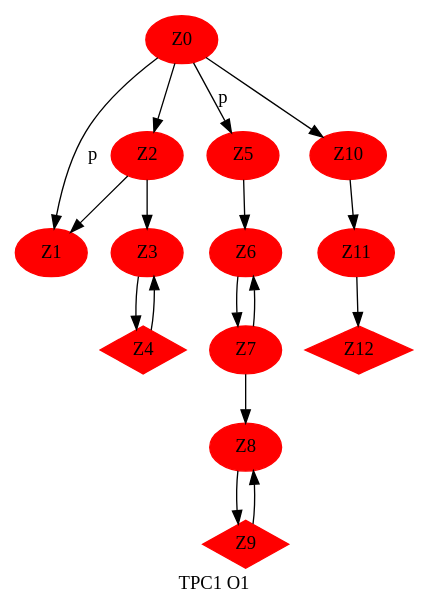
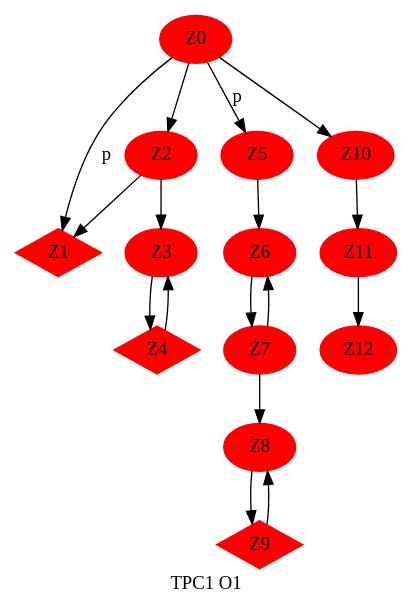
Before and after one commit to sidner/DotToDot: the diagram in dot2dot/src/texto2.dot, drawn with Graphviz. The commit also changed 9 other files, not shown here.

```diff
--- a/dot2dot/src/texto2.dot
+++ b/dot2dot/src/texto2.dot
@@ -1,15 +1,15 @@
 digraph tpc1 {
                node [style=filled,color=red];
-               Z0 ->Z1 [label= "p"];
-               Z0:Z1 -> Z2 -> Z3 -> Z4;
+               
+       Z0 ->Z1 [label= "p"];
+               Z0 : Z1 -> Z2 -> Z3 -> Z4;
                Z2 -> Z1; Z4 -> Z3;
                Z0 -> Z5 [label="p"];
                Z5 -> Z6 -> Z7 ->Z8 -> Z9;
                Z7 -> Z6; Z9 -> Z8;
                Z0 -> Z10 -> Z11 -> Z12;
                label = "TPC1 O1"
-       
        Z4[shape=Mdiamond]
        Z9[shape=Mdiamond]
-       Z12[shape=Mdiamond]
+       Z1[shape=Mdiamond]
 }
```
